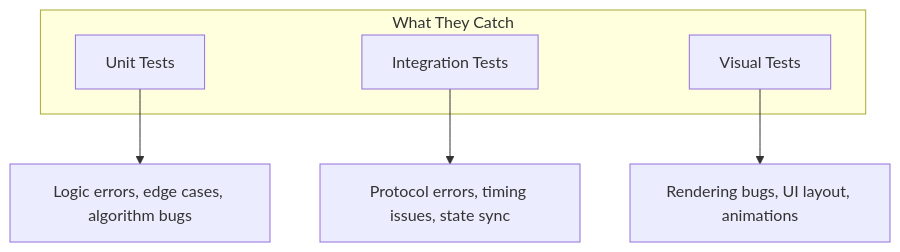
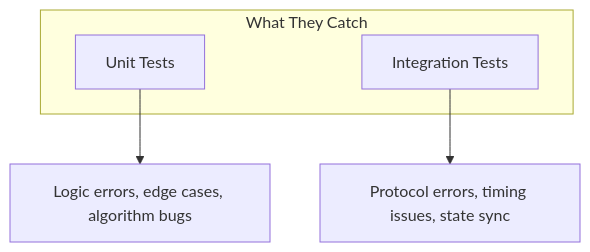
The second of 5 diagrams in docs/TESTING-STRATEGY.md (mtomcal/stick-rumble), drawn with Mermaid before and after one commit. The commit also changed other lines of this file and 74 other files, not shown here.

````diff
--- a/docs/TESTING-STRATEGY.md
+++ b/docs/TESTING-STRATEGY.md
@@ -272,12 +151,10 @@
 ```mermaid
 flowchart TB
     subgraph "What They Catch"
         Unit["Unit Tests"]
         Integration["Integration Tests"]
-        Visual["Visual Tests"]
     end
 
     Unit --> Logic["Logic errors, edge cases, algorithm bugs"]
     Integration --> Protocol["Protocol errors, timing issues, state sync"]
-    Visual --> Rendering["Rendering bugs, UI layout, animations"]
 ```
````
